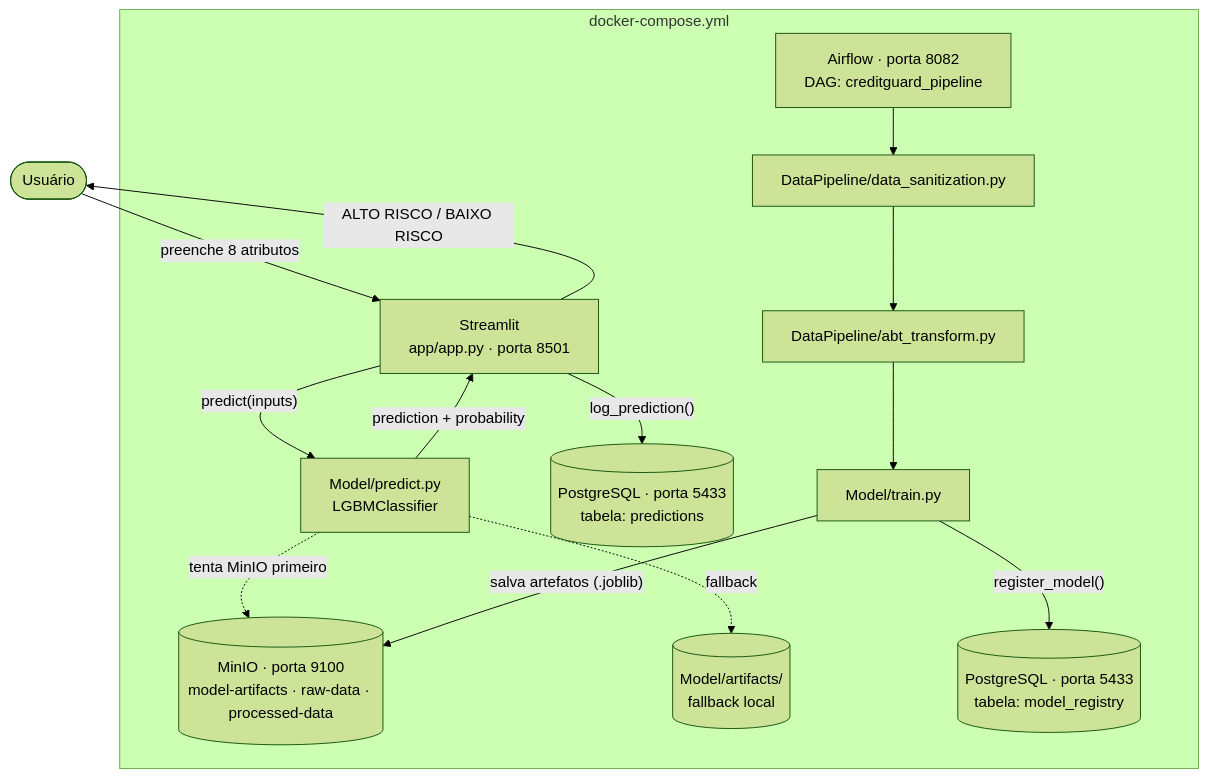
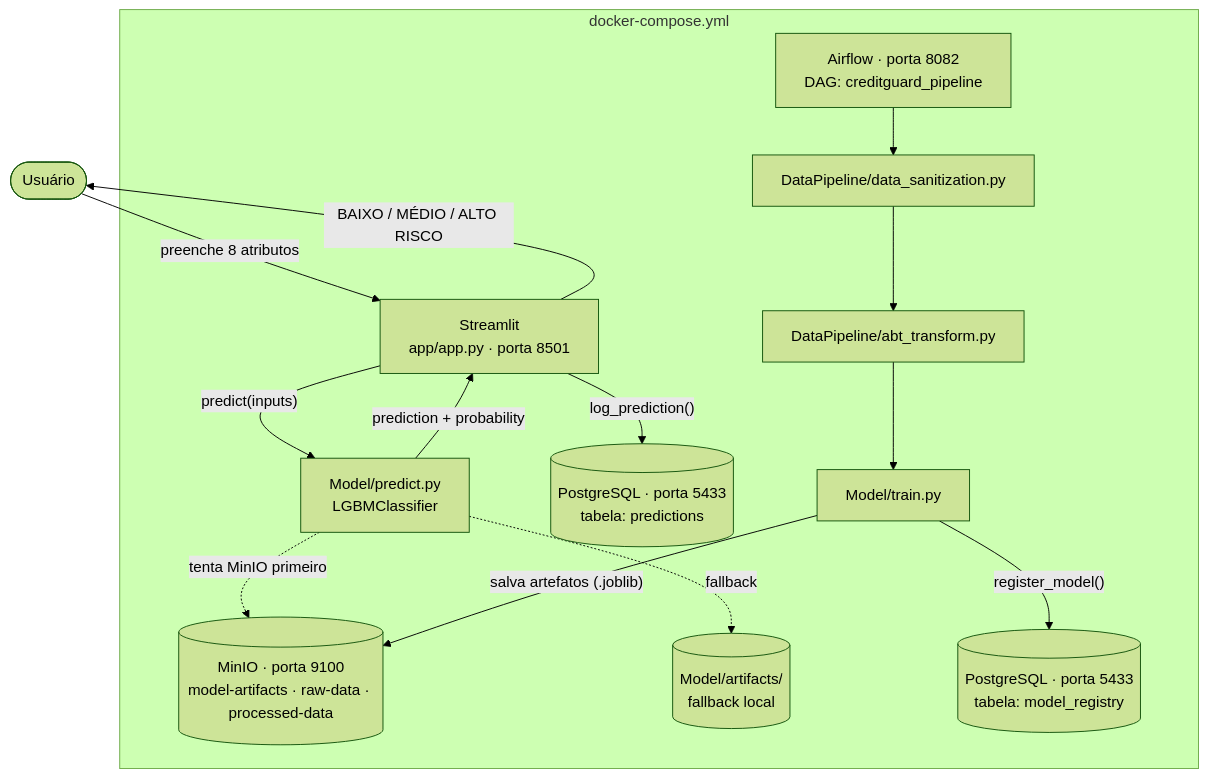
The diagram in MLOps/README.md (wellingtonpawlino/creditguard-ai-entrega-individual-sub), drawn with Mermaid (forest theme) before and after one commit. The commit also changed other lines of this file, not shown here.

Commit message:
docs: atualiza MLOps README com classificacao de 3 niveis de risco
Corrige referencias desatualizadas de 2 niveis (ALTO/BAIXO) para
3 niveis (BAIXO/MEDIO/ALTO RISCO) no diagrama e na descricao do Streamlit.

````diff
--- a/MLOps/README.md
+++ b/MLOps/README.md
@@ -11,32 +11,32 @@
 ```mermaid
 flowchart TD
     User([Usuário])
 
     subgraph Stack ["docker-compose.yml"]
         ST["Streamlit\napp/app.py · porta 8501"]
         PR["Model/predict.py\nLGBMClassifier"]
 
         MN[("MinIO · porta 9100\nmodel-artifacts · raw-data · processed-data")]
         LOCAL[("Model/artifacts/\nfallback local")]
 
         PGP[("PostgreSQL · porta 5433\ntabela: predictions")]
         PGM[("PostgreSQL · porta 5433\ntabela: model_registry")]
 
         AF["Airflow · porta 8082\nDAG: creditguard_pipeline"]
         SAN["DataPipeline/data_sanitization.py"]
         ABT["DataPipeline/abt_transform.py"]
         TRN["Model/train.py"]
     end
 
     User -- "preenche 8 atributos" --> ST
     ST -- "predict(inputs)" --> PR
     PR -. "tenta MinIO primeiro" .-> MN
     PR -. "fallback" .-> LOCAL
     PR -- "prediction + probability" --> ST
     ST -- "log_prediction()" --> PGP
-    ST -- "ALTO RISCO / BAIXO RISCO" --> User
+    ST -- "BAIXO / MÉDIO / ALTO RISCO" --> User
 
     AF --> SAN --> ABT --> TRN
     TRN -- "salva artefatos (.joblib)" --> MN
     TRN -- "register_model()" --> PGM
 ```
````
